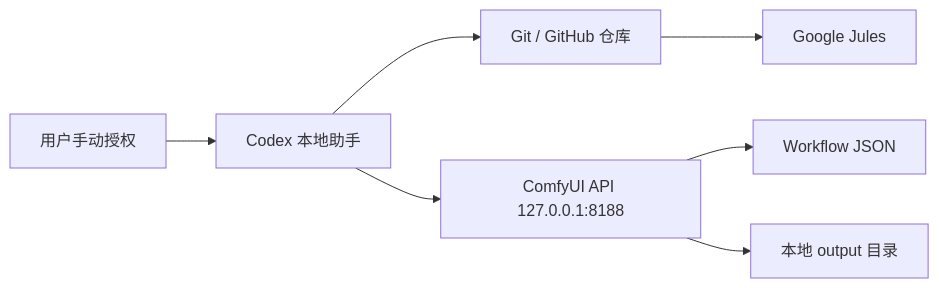
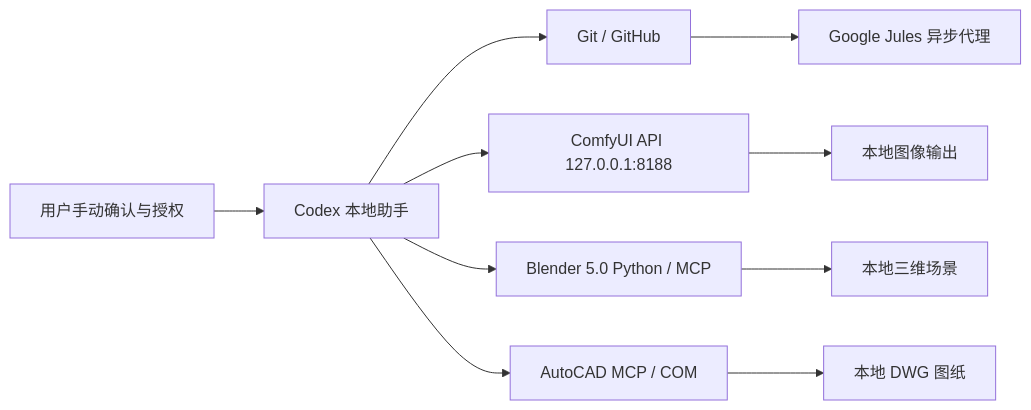
One commit to jianbaorui07-dot/Google changed the diagram in docs/starbridge-link-protocol.md. Above: the diagram before and after it, drawn with Mermaid. The commit also changed other lines of this file and 1 other file, not shown here.

Commit message:
Expand StarBridge protocol to ComfyUI Blender CAD

````diff
--- a/docs/starbridge-link-protocol.md
+++ b/docs/starbridge-link-protocol.md
@@ -31,9 +85,12 @@
 ```mermaid
 flowchart LR
-  User["用户手动授权"] --> Codex["Codex 本地助手"]
-  Codex --> Git["Git / GitHub 仓库"]
-  Git --> Jules["Google Jules"]
-  Codex --> ComfyAPI["ComfyUI API 127.0.0.1:8188"]
-  ComfyAPI --> Workflow["Workflow JSON"]
-  ComfyAPI --> Output["本地 output 目录"]
+  User["用户手动确认与授权"] --> Codex["Codex 本地助手"]
+  Codex --> Git["Git / GitHub"]
+  Git --> Jules["Google Jules 异步代理"]
+  Codex --> Comfy["ComfyUI API 127.0.0.1:8188"]
+  Codex --> Blender["Blender 5.0 Python / MCP"]
+  Codex --> CAD["AutoCAD MCP / COM"]
+  Comfy --> Images["本地图像输出"]
+  Blender --> Scenes["本地三维场景"]
+  CAD --> Drawings["本地 DWG 图纸"]
 ```
````
